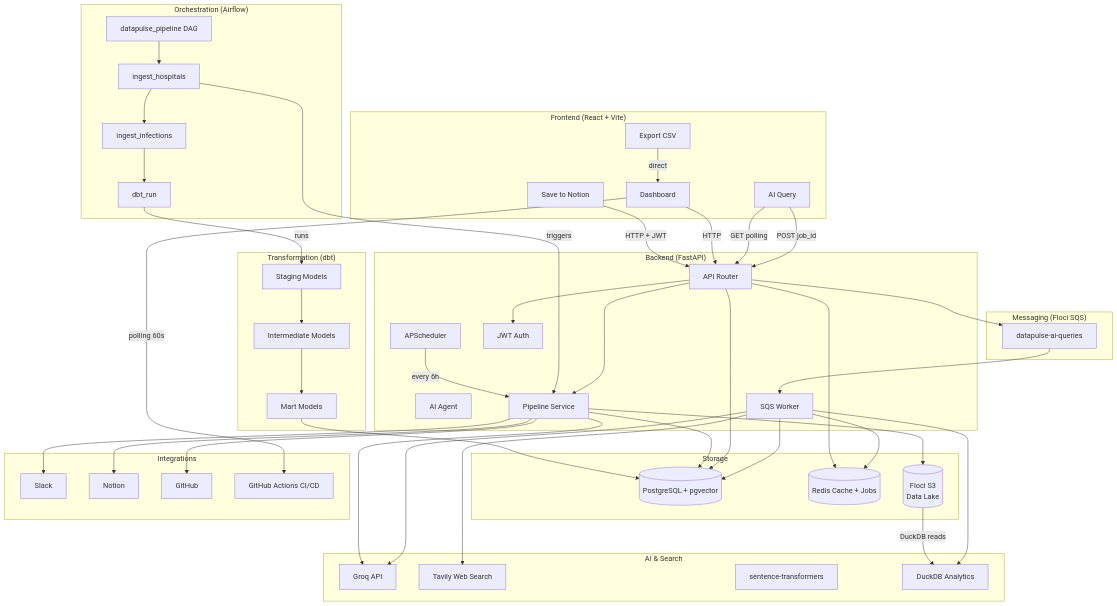
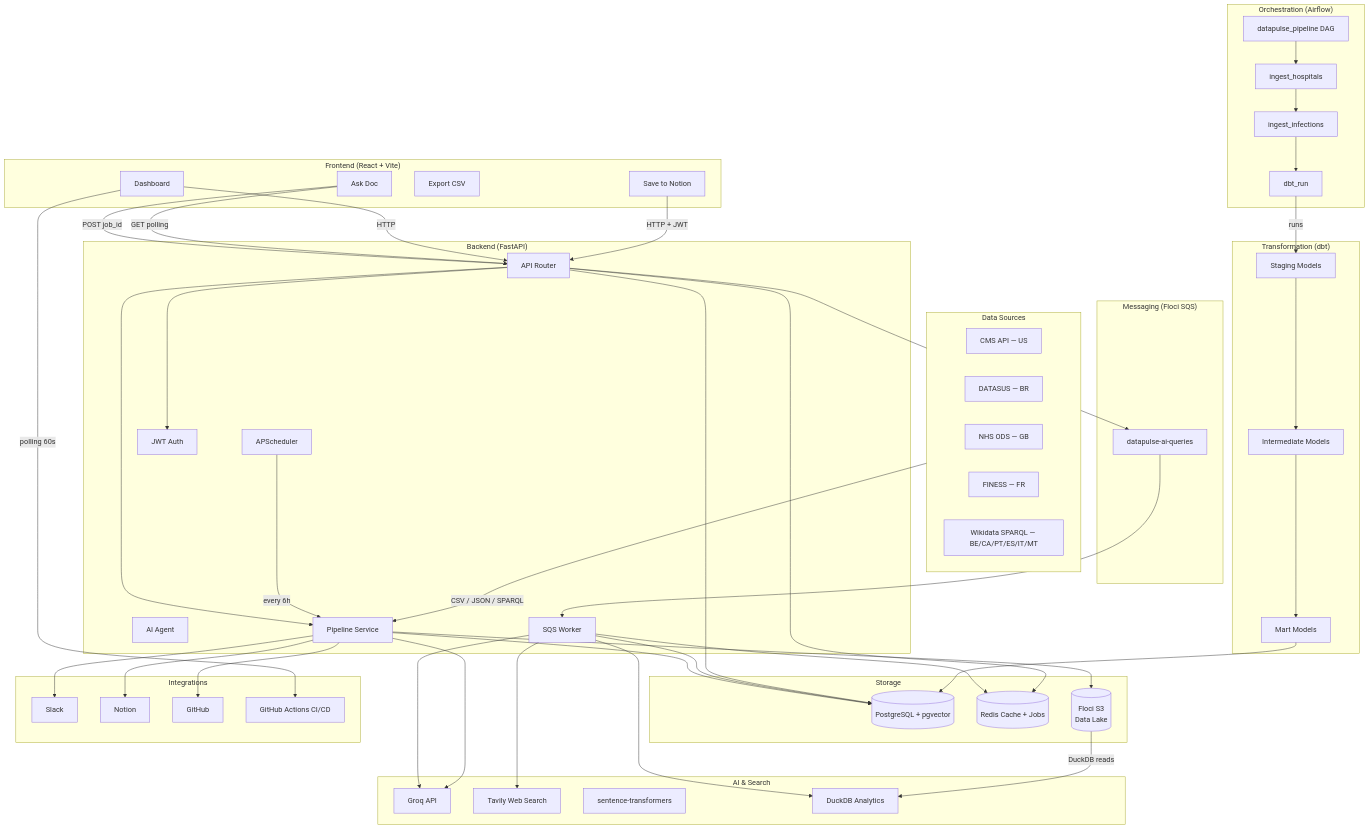
Before and after one commit to rafael-ceotto/DataPulse: the diagram in README.md, drawn with Mermaid. The commit also changed other lines of this file, not shown here.

Commit message:
Update README with 10-country coverage and global architecture

````diff
--- a/README.md
+++ b/README.md
@@ -34,8 +52,16 @@
 ```mermaid
 graph TB
+    subgraph Sources["Data Sources"]
+        CMS[CMS API — US]
+        DATASUS[DATASUS — BR]
+        NHS[NHS ODS — GB]
+        FINESS[FINESS — FR]
+        WIKIDATA[Wikidata SPARQL — BE/CA/PT/ES/IT/MT]
+    end
+
     subgraph Frontend["Frontend (React + Vite)"]
         UI[Dashboard]
-        AIQ[AI Query]
+        AIQ[Ask Doc]
         CSV[Export CSV]
         NOTION_BTN[Save to Notion]
     end
@@ -86,6 +112,10 @@
         GHActions[GitHub Actions CI/CD]
     end
 
+    Sources -->|CSV / JSON / SPARQL| Pipeline
+    Pipeline --> S3
+    Pipeline --> PG
+
     AIQ -->|POST job_id| Router
     Router --> Queue
     Queue --> Worker
@@ -98,7 +128,6 @@
 
     UI -->|HTTP| Router
     NOTION_BTN -->|HTTP + JWT| Router
-    CSV -->|direct| UI
 
     Router --> Pipeline
     Router --> Auth
@@ -106,11 +135,8 @@
     Router --> Redis
 
     DAG --> T1 --> T2 --> T3
-    T1 -->|triggers| Pipeline
     T3 -->|runs| STG --> INT --> MRT
 
-    Pipeline --> PG
-    Pipeline --> S3
     Pipeline --> Groq
     Pipeline --> Slack
     Pipeline --> NotionAPI
````
